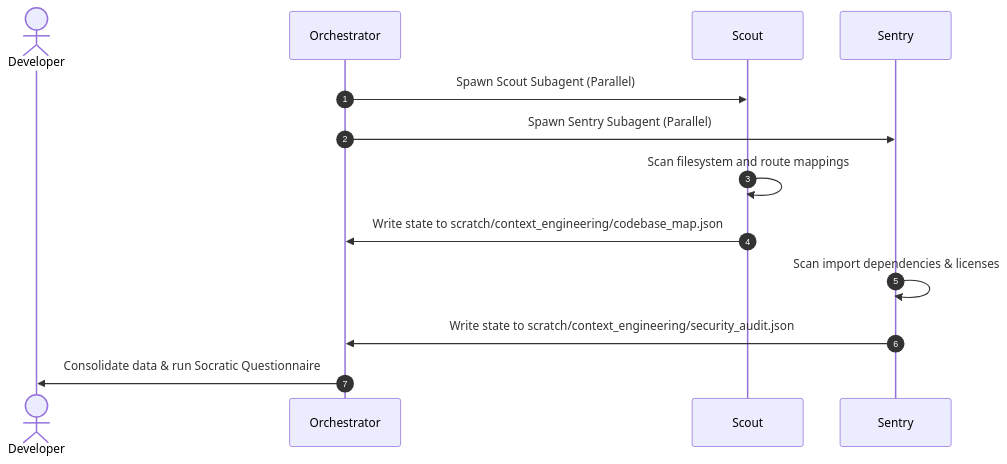
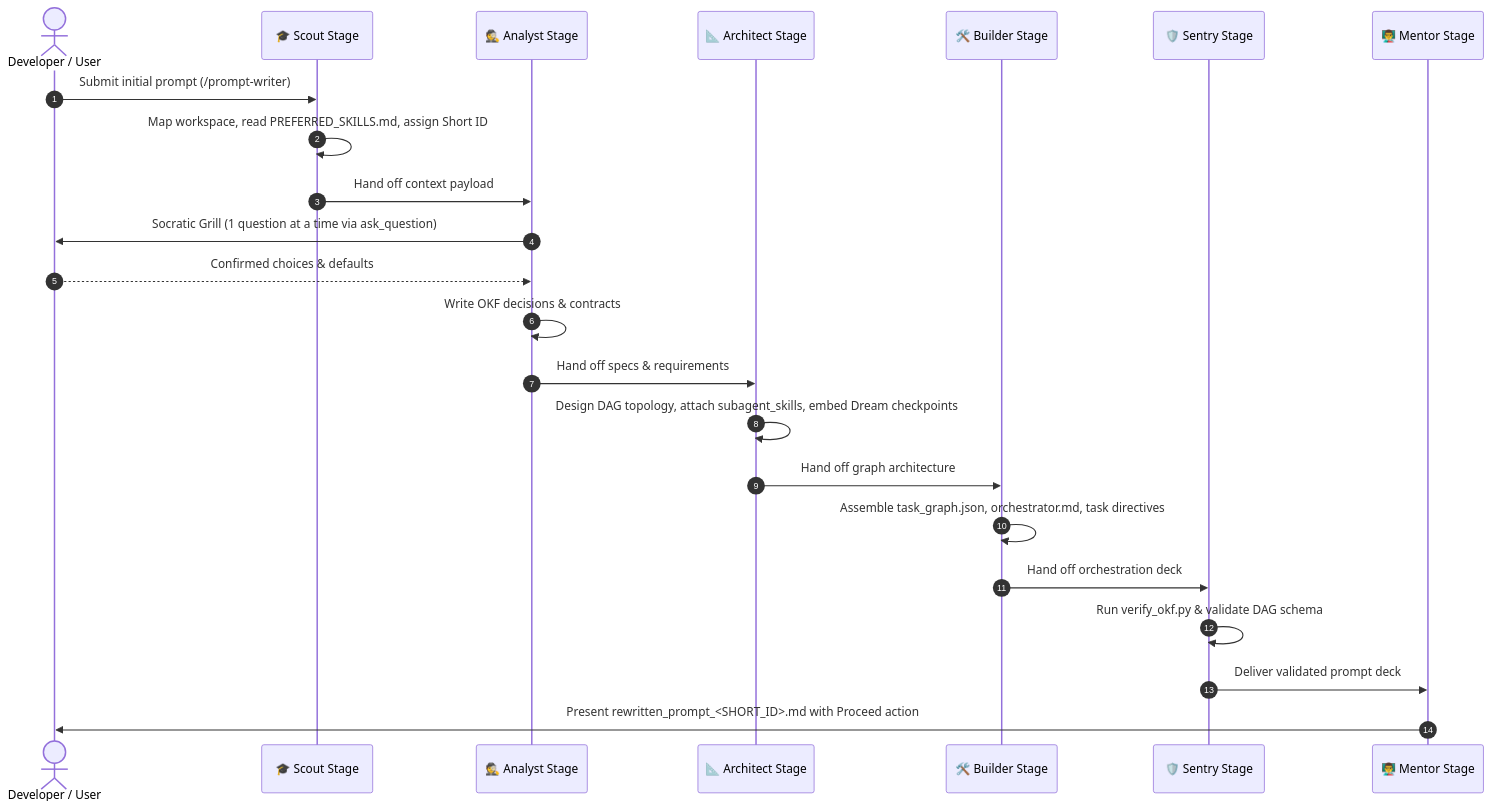
The second of 3 diagrams in docs/architecture_map.md (ksprashu/skills-prompt-writer), drawn with Mermaid before and after one commit. The commit also changed other lines of this file and 11 other files, not shown here.

Commit message:
docs(prompt-writer): redocument repository, user guide, architecture maps, and compiled HTML portals

````diff
--- a/docs/architecture_map.md
+++ b/docs/architecture_map.md
@@ -61,15 +51,26 @@
 ```mermaid
 sequenceDiagram
     autonumber
-    actor Developer
-    participant Orchestrator
-    participant Scout
-    participant Sentry
-    Orchestrator->>Scout: Spawn Scout Subagent (Parallel)
-    Orchestrator->>Sentry: Spawn Sentry Subagent (Parallel)
-    Scout->>Scout: Scan filesystem and route mappings
-    Scout->>Orchestrator: Write state to scratch/context_engineering/codebase_map.json
-    Sentry->>Sentry: Scan import dependencies & licenses
-    Sentry->>Orchestrator: Write state to scratch/context_engineering/security_audit.json
-    Orchestrator->>Developer: Consolidate data & run Socratic Questionnaire
+    actor User as Developer / User
+    participant Scout as 🎓 Scout Stage
+    participant Analyst as 🕵️ Analyst Stage
+    participant Architect as 📐 Architect Stage
+    participant Builder as 🛠️ Builder Stage
+    participant Sentry as 🛡️ Sentry Stage
+    participant Mentor as 👨‍🏫 Mentor Stage
+
+    User->>Scout: Submit initial prompt (/prompt-writer)
+    Scout->>Scout: Map workspace, read PREFERRED_SKILLS.md, assign Short ID
+    Scout->>Analyst: Hand off context payload
+    Analyst->>User: Socratic Grill (1 question at a time via ask_question)
+    User-->>Analyst: Confirmed choices & defaults
+    Analyst->>Analyst: Write OKF decisions & contracts
+    Analyst->>Architect: Hand off specs & requirements
+    Architect->>Architect: Design DAG topology, attach subagent_skills, embed Dream checkpoints
+    Architect->>Builder: Hand off graph architecture
+    Builder->>Builder: Assemble task_graph.json, orchestrator.md, task directives
+    Builder->>Sentry: Hand off orchestration deck
+    Sentry->>Sentry: Run verify_okf.py & validate DAG schema
+    Sentry->>Mentor: Deliver validated prompt deck
+    Mentor->>User: Present rewritten_prompt_<SHORT_ID>.md with Proceed action
 ```
````
